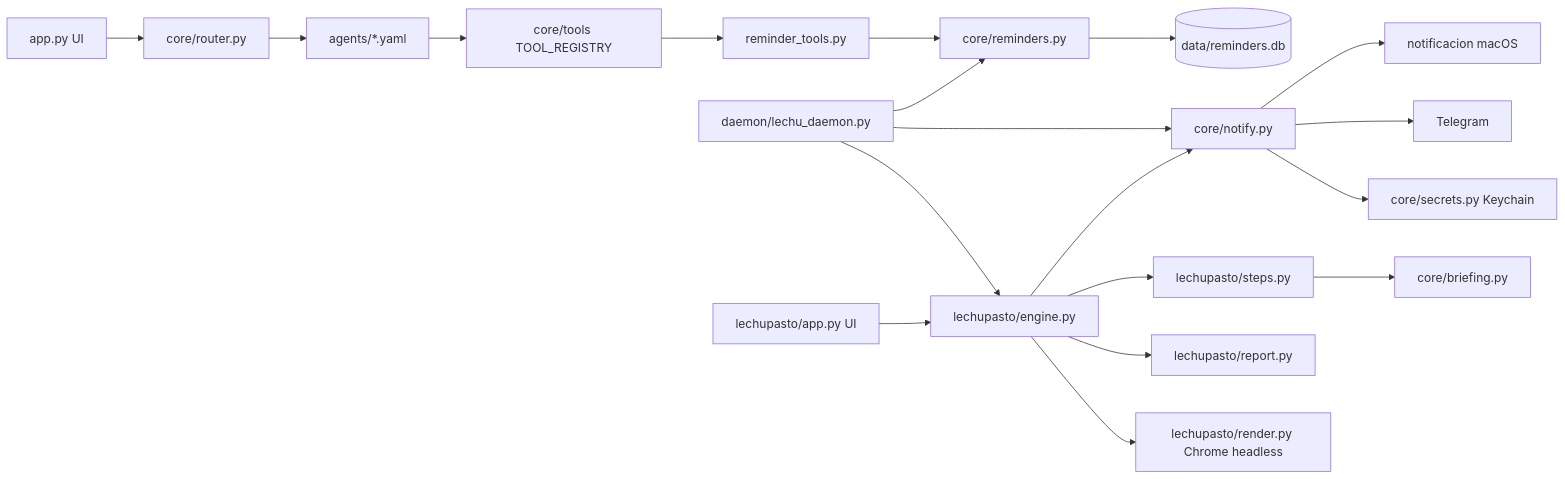
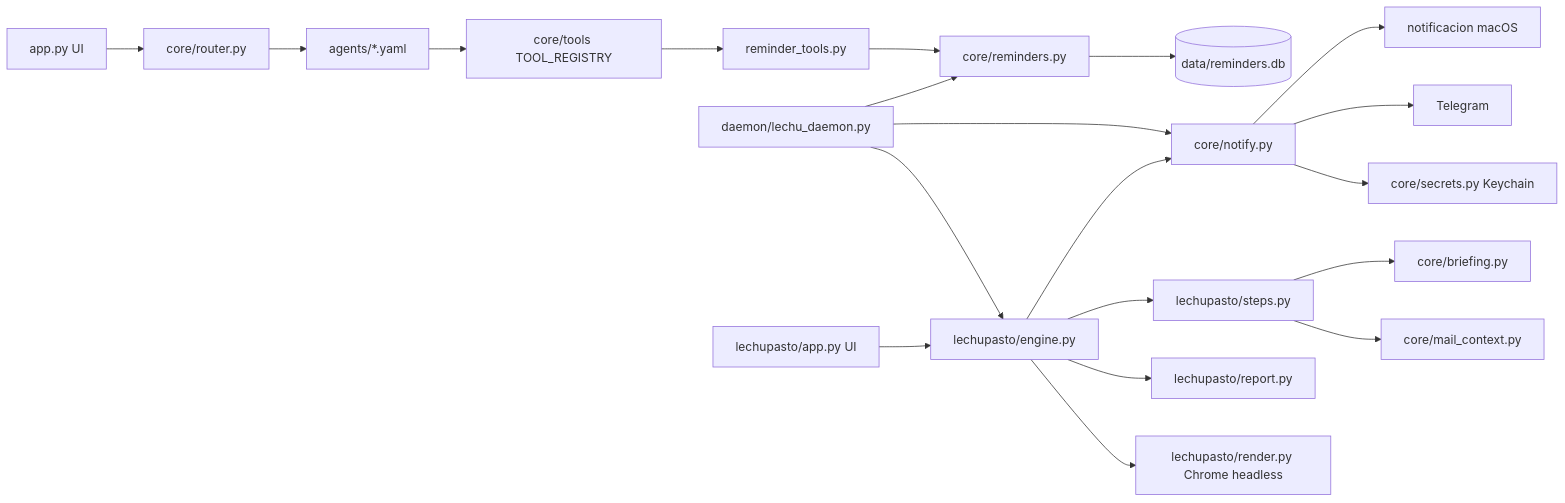
Before and after one commit to Lechuza22/LechuChabotLocal: the diagram in codemap/ARCHITECTURE.md, drawn with Mermaid. The commit also changed other lines of this file and 7 other files, not shown here.

````diff
--- a/codemap/ARCHITECTURE.md
+++ b/codemap/ARCHITECTURE.md
@@ -5,21 +5,22 @@
 ```mermaid
 graph LR
     app[app.py UI] --> router[core/router.py]
     router --> agents[agents/*.yaml]
     agents --> registry[core/tools TOOL_REGISTRY]
     registry --> reminder_tools[reminder_tools.py]
     reminder_tools --> reminders[core/reminders.py]
     reminders --> db[(data/reminders.db)]
     daemon[daemon/lechu_daemon.py] --> reminders
     daemon --> notify[core/notify.py]
     notify --> macos[notificacion macOS]
     notify --> telegram[Telegram]
     notify --> secrets[core/secrets.py Keychain]
     daemon --> engine[lechupasto/engine.py]
     pasto[lechupasto/app.py UI] --> engine
     engine --> steps[lechupasto/steps.py]
     steps --> briefing[core/briefing.py]
+    steps --> mailctx[core/mail_context.py]
     engine --> report[lechupasto/report.py]
     engine --> render[lechupasto/render.py Chrome headless]
     engine --> notify
 ```
````
